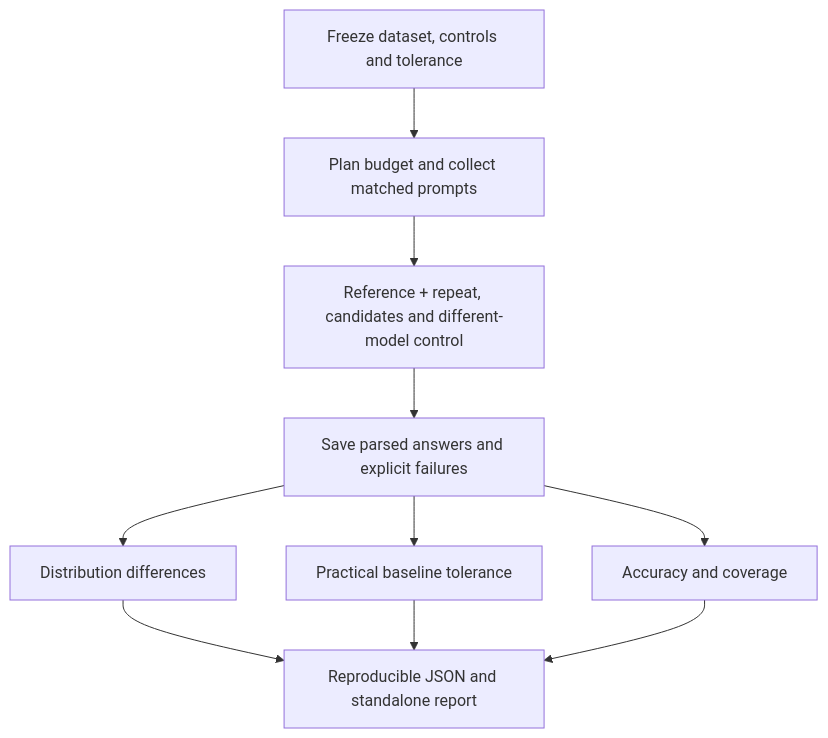
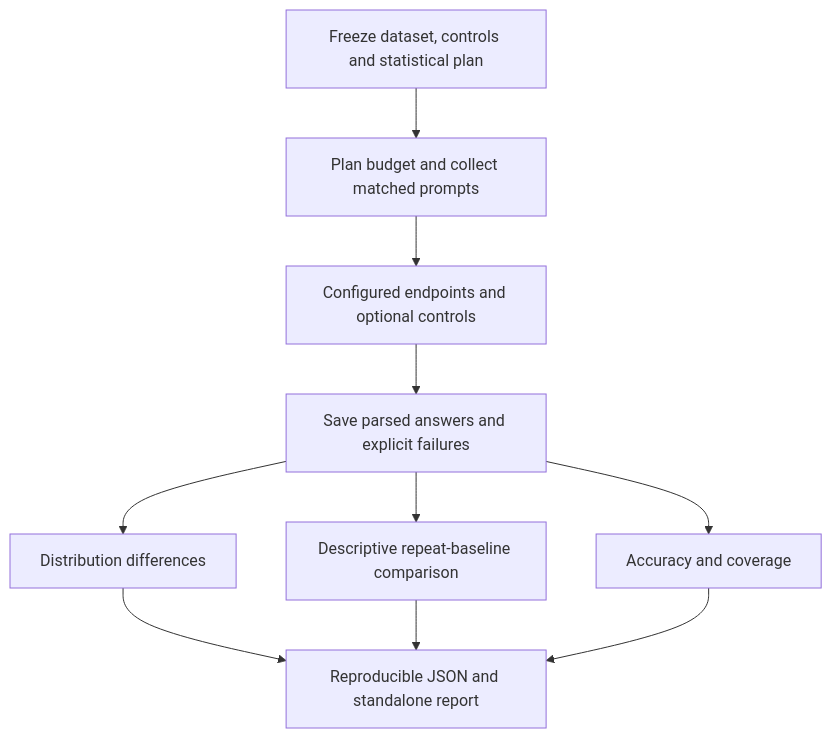
Before and after one commit to NetraRuntime/trust-me-bro-benchmark: the diagram in README.md, drawn with Mermaid. The commit also changed other lines of this file and 28 other files, not shown here.

````diff
--- a/README.md
+++ b/README.md
@@ -15,12 +15,12 @@
 ```mermaid
 flowchart TD
-    A["Freeze dataset, controls and tolerance"] --> B["Plan budget and collect matched prompts"]
-    B --> C["Reference + repeat, candidates and different-model control"]
+    A["Freeze dataset, controls and statistical plan"] --> B["Plan budget and collect matched prompts"]
+    B --> C["Configured endpoints and optional controls"]
     C --> D["Save parsed answers and explicit failures"]
     D --> E["Distribution differences"]
-    D --> F["Practical baseline tolerance"]
+    D --> F["Descriptive repeat-baseline comparison"]
     D --> G["Accuracy and coverage"]
     E --> H["Reproducible JSON and standalone report"]
     F --> H
     G --> H
 ```
````
